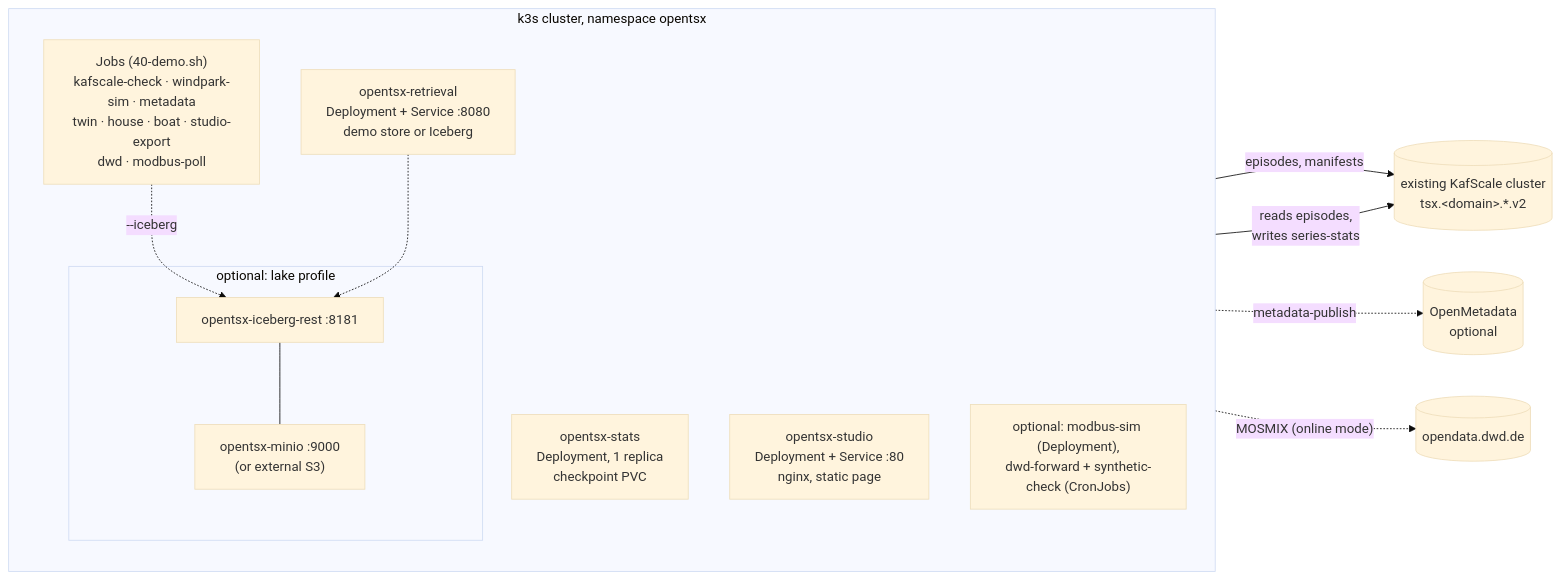
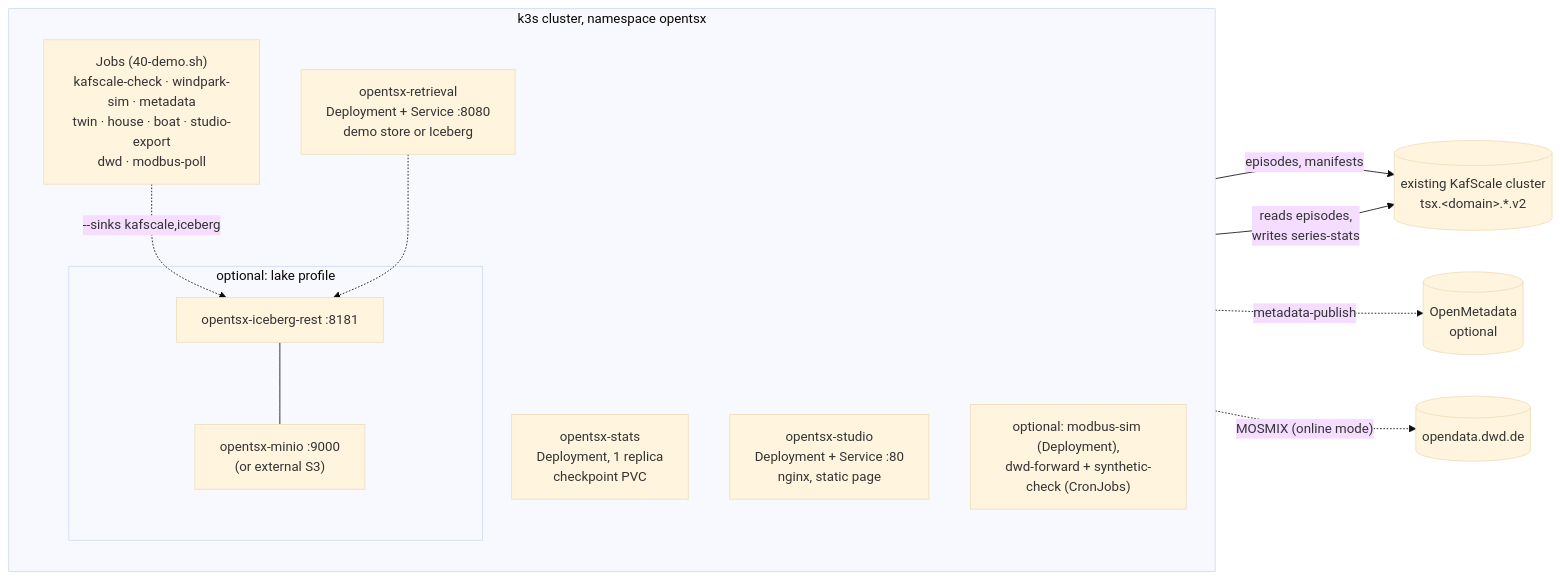
One commit to kamir/OpenTSx changed the diagram in docs/devops/README.md. Above: the diagram before and after it, drawn with Mermaid (base theme). The commit also changed other lines of this file and 43 other files, not shown here.

````diff
--- a/docs/devops/README.md
+++ b/docs/devops/README.md
@@ -37,25 +37,25 @@
 ```mermaid
 flowchart LR
   subgraph K3S["k3s cluster, namespace opentsx"]
     direction TB
     STATS["opentsx-stats<br/>Deployment, 1 replica<br/>checkpoint PVC"]
     RET["opentsx-retrieval<br/>Deployment + Service :8080<br/>demo store or Iceberg"]
     STU["opentsx-studio<br/>Deployment + Service :80<br/>nginx, static page"]
     JOBS["Jobs (40-demo.sh)<br/>kafscale-check · windpark-sim · metadata<br/>twin · house · boat · studio-export<br/>dwd · modbus-poll"]
     OPT["optional: modbus-sim (Deployment),<br/>dwd-forward + synthetic-check (CronJobs)"]
     subgraph LAKE["optional: lake profile"]
       IR["opentsx-iceberg-rest :8181"]
       MINIO["opentsx-minio :9000<br/>(or external S3)"]
     end
   end
   KS[("existing KafScale cluster<br/>tsx.&lt;domain&gt;.*.v2")]
   OM[("OpenMetadata<br/>optional")]
   JOBS -- "episodes, manifests" --> KS
   STATS -- "reads episodes,<br/>writes series-stats" --> KS
-  JOBS -. "--iceberg" .-> IR
+  JOBS -. "--sinks kafscale,iceberg" .-> IR
   RET -.-> IR
   IR --- MINIO
   JOBS -. "metadata-publish" .-> OM
   DWD[("opendata.dwd.de")]
   OPT -. "MOSMIX (online mode)" .-> DWD
 ```
````
